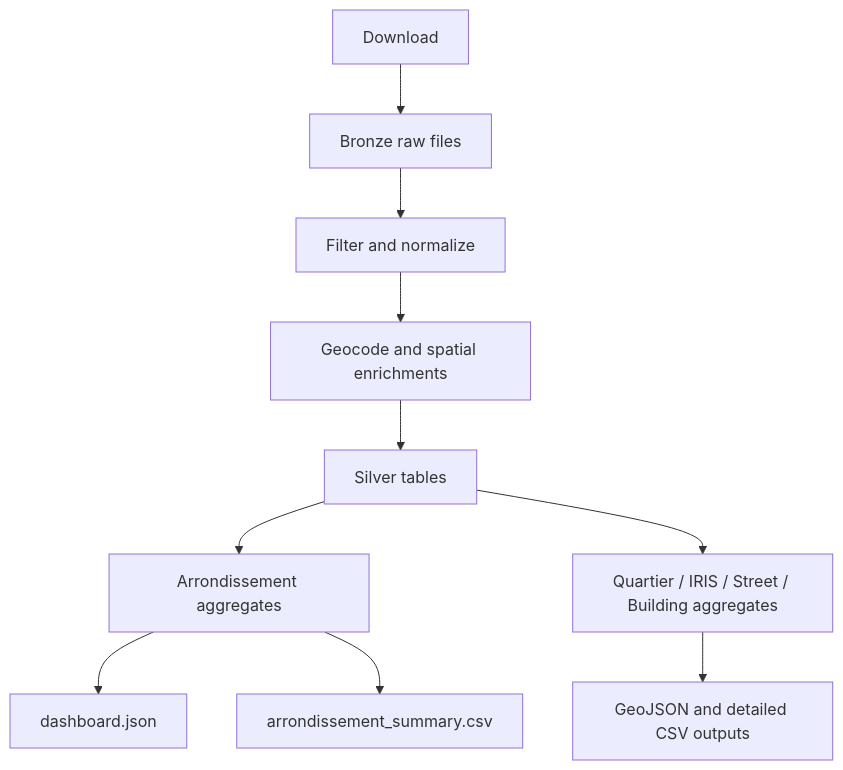
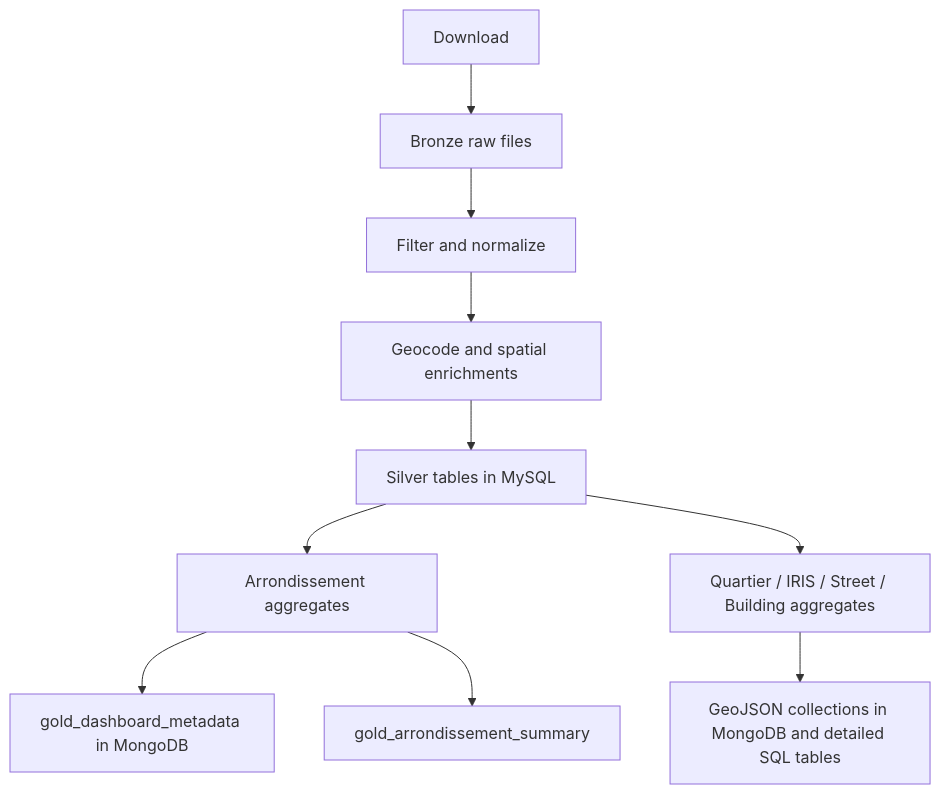
One commit to ilya32e/UrbanDataExplorer changed the second of 3 diagrams in docs/architecture.md. Above: the diagram before and after it, drawn with Mermaid. The commit also changed other lines of this file and 20 other files, not shown here.

Commit message:
Add SQL and NoSQL storage with Dockerized dashboard

````diff
--- a/docs/architecture.md
+++ b/docs/architecture.md
@@ -118,12 +122,12 @@
 ```mermaid
 flowchart TD
     A[Download] --> B[Bronze raw files]
     B --> C[Filter and normalize]
     C --> D[Geocode and spatial enrichments]
-    D --> E[Silver tables]
+    D --> E[Silver tables in MySQL]
     E --> F[Arrondissement aggregates]
     E --> G[Quartier / IRIS / Street / Building aggregates]
-    F --> H[dashboard.json]
-    F --> I[arrondissement_summary.csv]
-    G --> J[GeoJSON and detailed CSV outputs]
+    F --> H[gold_dashboard_metadata in MongoDB]
+    F --> I[gold_arrondissement_summary]
+    G --> J[GeoJSON collections in MongoDB and detailed SQL tables]
 ```
````
